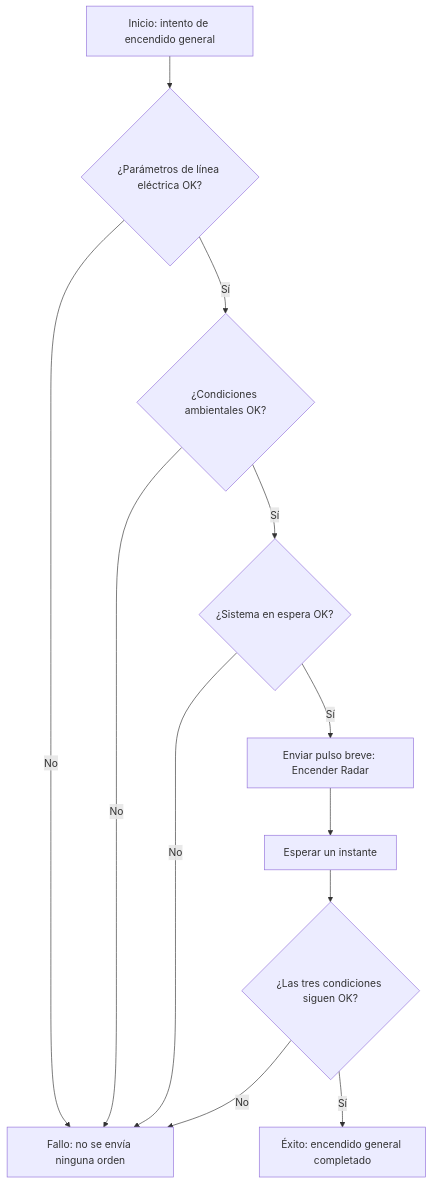
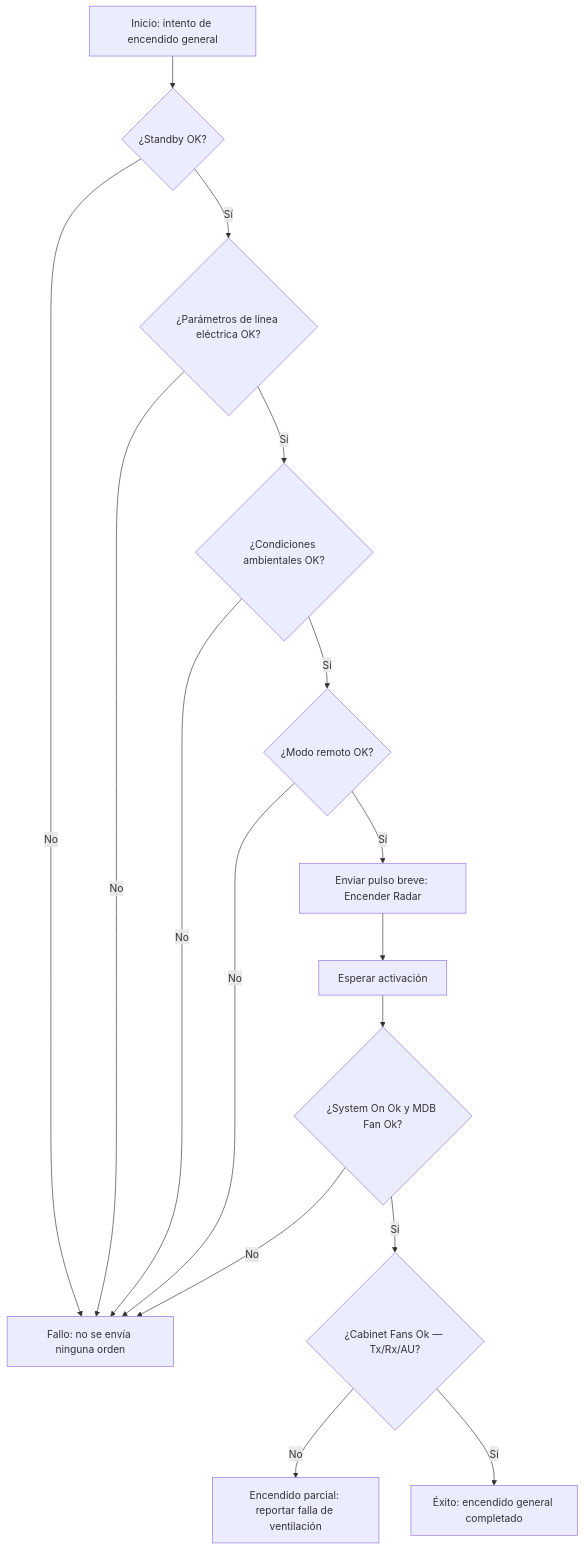
One commit to vladimir1284/lamula-rcp changed the first of 2 diagrams in docs/operacion/rutinas-control.md. Above: the diagram before and after it, drawn with Mermaid. The commit also changed other lines of this file and 4 other files, not shown here.

First line of the commit message:
Fase 2: rutina 1 (encendido general) al procedimiento confirmado por el experto

````diff
--- a/docs/operacion/rutinas-control.md
+++ b/docs/operacion/rutinas-control.md
@@ -59,14 +80,18 @@
 ```mermaid
 flowchart TD
-    A[Inicio: intento de encendido general] --> B{¿Parámetros de línea eléctrica OK?}
+    A[Inicio: intento de encendido general] --> B{¿Standby OK?}
     B -- No --> F[Fallo: no se envía ninguna orden]
-    B -- Sí --> C{¿Condiciones ambientales OK?}
+    B -- Sí --> C{¿Parámetros de línea eléctrica OK?}
     C -- No --> F
-    C -- Sí --> D{¿Sistema en espera OK?}
+    C -- Sí --> D{¿Condiciones ambientales OK?}
     D -- No --> F
-    D -- Sí --> E[Enviar pulso breve: Encender Radar]
-    E --> G[Esperar un instante]
-    G --> H{¿Las tres condiciones siguen OK?}
+    D -- Sí --> R{¿Modo remoto OK?}
+    R -- No --> F
+    R -- Sí --> E[Enviar pulso breve: Encender Radar]
+    E --> G[Esperar activación]
+    G --> H{¿System On Ok y MDB Fan Ok?}
     H -- No --> F
-    H -- Sí --> I[Éxito: encendido general completado]
+    H -- Sí --> J{¿Cabinet Fans Ok — Tx/Rx/AU?}
+    J -- No --> K[Encendido parcial: reportar falla de ventilación]
+    J -- Sí --> I[Éxito: encendido general completado]
 ```
````
